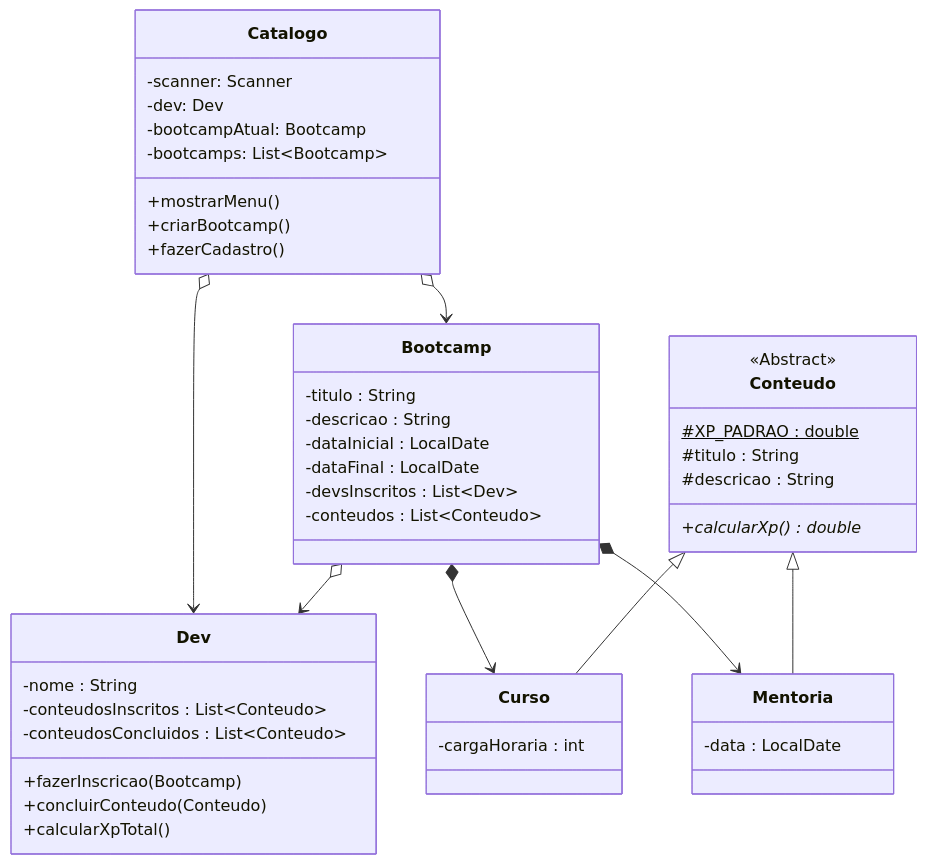
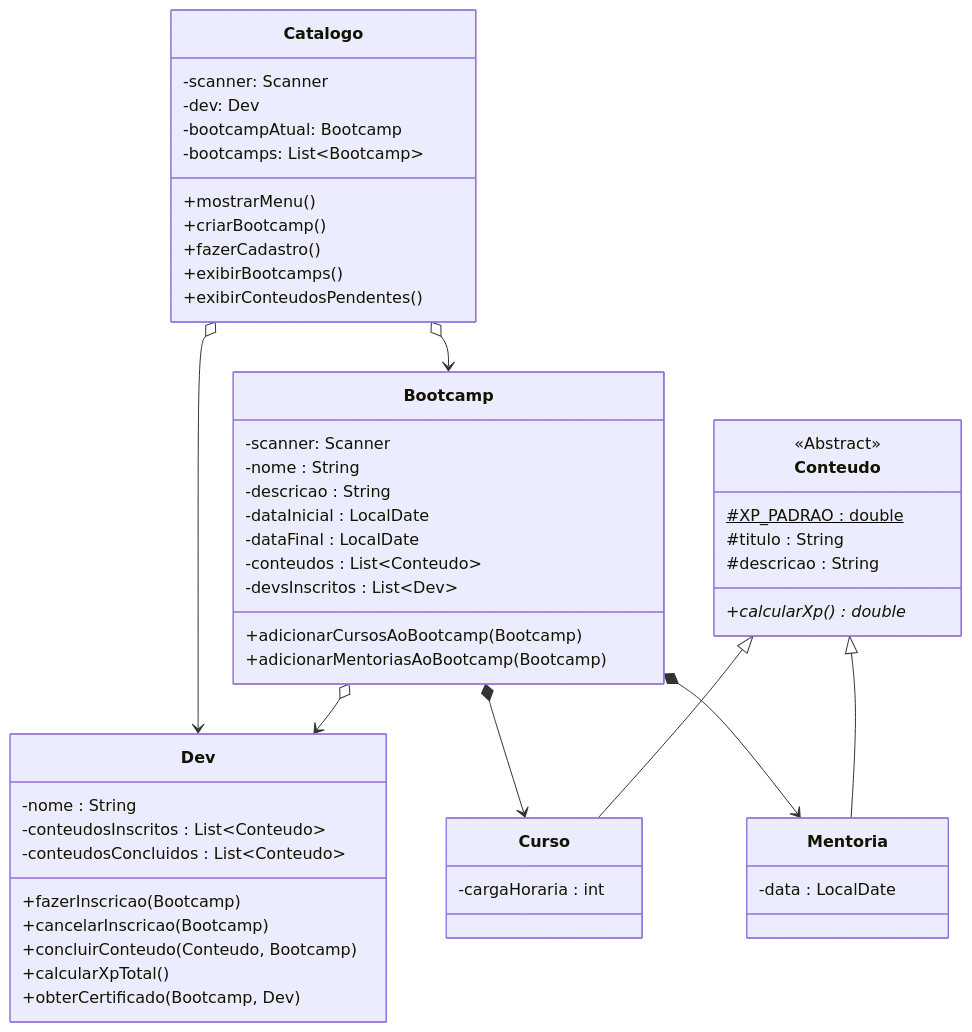
Before and after one commit to lsmcodes/trilha-java-poo-desafio-bootcamp: the diagram in README.md, drawn with Mermaid.

Commit message:
docs: add domain class diagram

````diff
--- a/README.md
+++ b/README.md
@@ -20,57 +20,64 @@
 ```mermaid
 classDiagram
 
 class Catalogo {
   -scanner: Scanner
   -dev: Dev
   -bootcampAtual: Bootcamp
   -bootcamps: List~Bootcamp~
   +mostrarMenu()
   +criarBootcamp()
   +fazerCadastro()
+  +exibirBootcamps()
+  +exibirConteudosPendentes()
 }
 
 class Bootcamp {
-  -titulo : String 
+  -scanner: Scanner
+  -nome : String 
   -descricao : String
   -dataInicial : LocalDate
   -dataFinal : LocalDate
+  -conteudos : List~Conteudo~
   -devsInscritos : List~Dev~
-  -conteudos : List~Conteudo~
+  +adicionarCursosAoBootcamp(Bootcamp)
+  +adicionarMentoriasAoBootcamp(Bootcamp)
 }
 
 class Dev {
   -nome : String
   -conteudosInscritos : List~Conteudo~
   -conteudosConcluidos : List~Conteudo~
   +fazerInscricao(Bootcamp)
-  +concluirConteudo(Conteudo)
+  +cancelarInscricao(Bootcamp)
+  +concluirConteudo(Conteudo, Bootcamp)
   +calcularXpTotal()
+  +obterCertificado(Bootcamp, Dev)
 }
 
 class Conteudo {
   <<Abstract>>
   #XP_PADRAO : double$
   #titulo : String
   #descricao : String
   +calcularXp() double*
 }
 
 class Curso {
   -cargaHoraria : int
 }
 
 class Mentoria {
   -data : LocalDate
 }
 
 Catalogo o--> Dev
 Catalogo o--> Bootcamp
 
 Bootcamp o--> Dev
 Bootcamp *--> Curso
 Bootcamp *--> Mentoria
 
 Conteudo <|-- Mentoria
 Conteudo <|-- Curso
 ```
````
